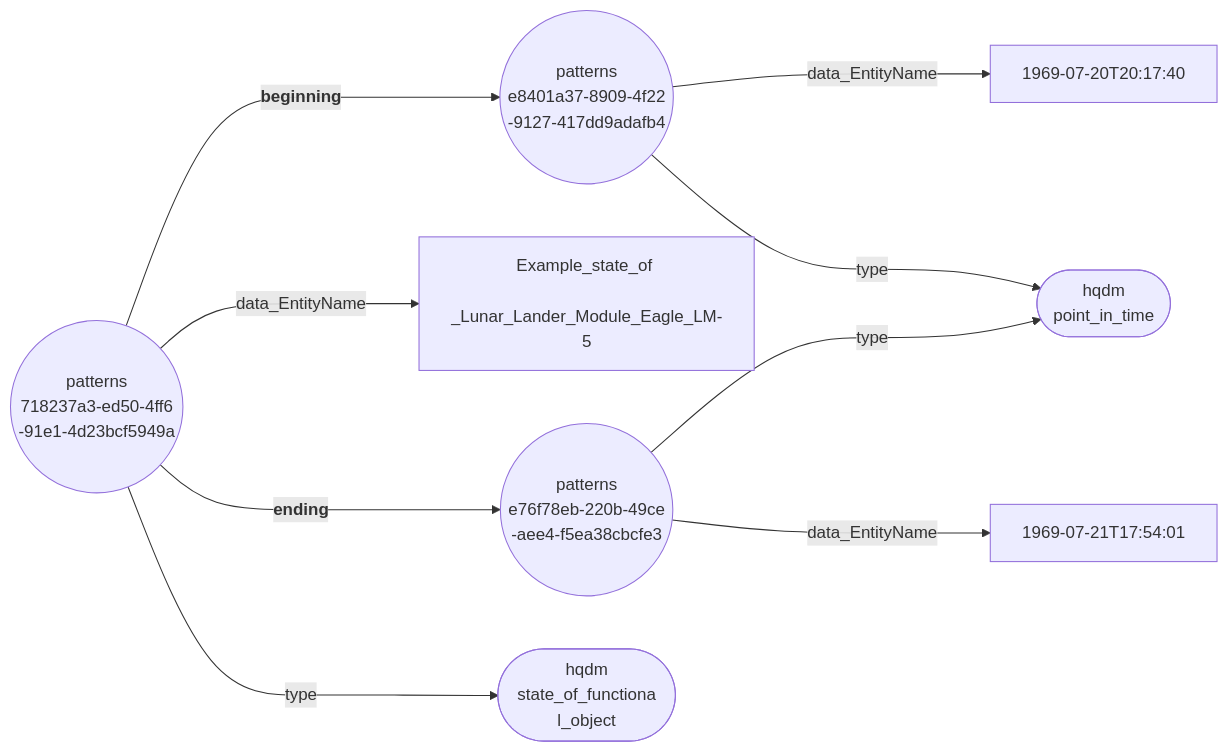
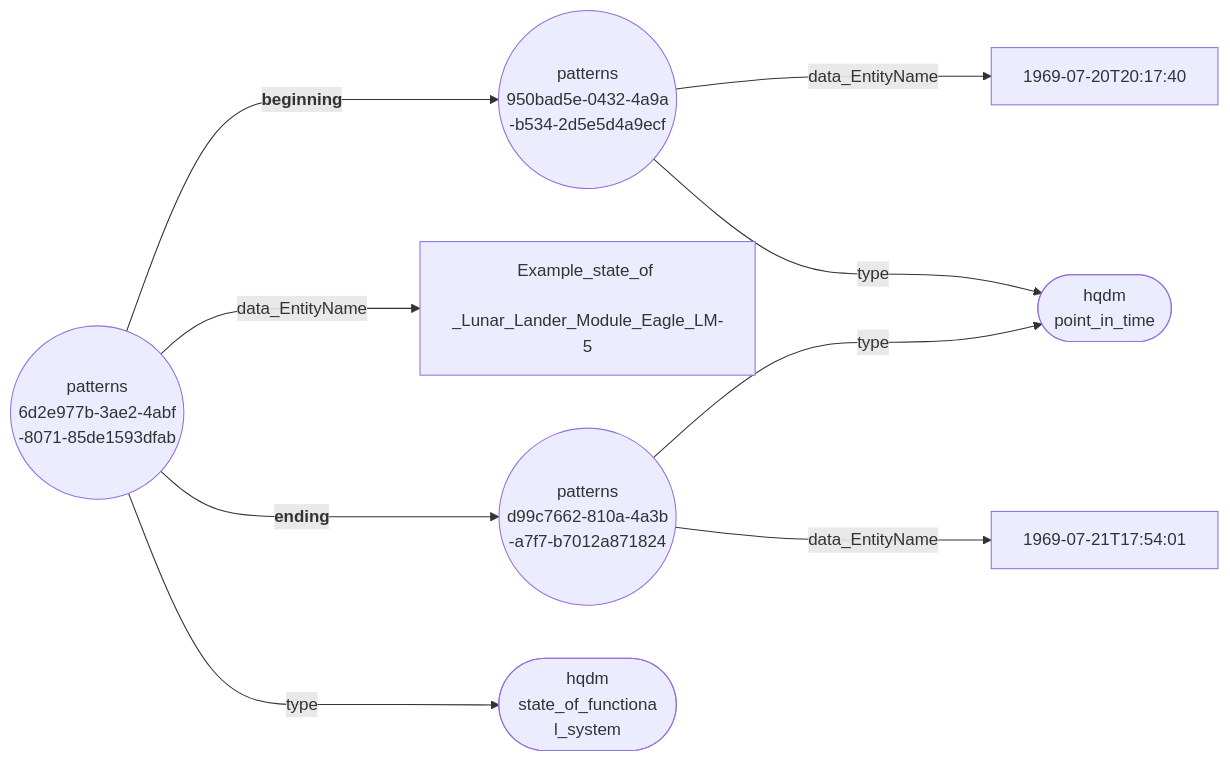
Before and after one commit to ClimbingAl/HqdmPatterns: the diagram in docs/extras/example-files/temporalPartOfIncEventsNodeEdgeGraph.mermaid, drawn with Mermaid. The commit also changed 56 other files, not shown here.

Commit message:
System additions prior to adding stviewer-generated spacetime charts.

````diff
--- a/docs/extras/example-files/temporalPartOfIncEventsNodeEdgeGraph.mermaid
+++ b/docs/extras/example-files/temporalPartOfIncEventsNodeEdgeGraph.mermaid
@@ -1,11 +1,11 @@
 ``` mermaid
 graph LR
-  718237a3-ed50-4ff6-91e1-4d23bcf5949a(("patterns <br> 718237a3-ed50-4ff6 <br> -91e1-4d23bcf5949a"))--->|"<b> beginning"|e8401a37-8909-4f22-9127-417dd9adafb4(("patterns <br> e8401a37-8909-4f22 <br> -9127-417dd9adafb4"));
-  718237a3-ed50-4ff6-91e1-4d23bcf5949a(("patterns <br> 718237a3-ed50-4ff6 <br> -91e1-4d23bcf5949a"))--->|"data_EntityName"|Example_state_of_Lunar_Lander_Module_Eagle_LM-5["Example_state_of <br> _Lunar_Lander_Module_Eagle_LM-5"];
-  718237a3-ed50-4ff6-91e1-4d23bcf5949a(("patterns <br> 718237a3-ed50-4ff6 <br> -91e1-4d23bcf5949a"))--->|"<b> ending"|e76f78eb-220b-49ce-aee4-f5ea38cbcfe3(("patterns <br> e76f78eb-220b-49ce <br> -aee4-f5ea38cbcfe3"));
-  718237a3-ed50-4ff6-91e1-4d23bcf5949a(("patterns <br> 718237a3-ed50-4ff6 <br> -91e1-4d23bcf5949a"))--->|"type"|state_of_functional_object(["hqdm <br> state_of_functiona <br> l_object"]);
-  e8401a37-8909-4f22-9127-417dd9adafb4(("patterns <br> e8401a37-8909-4f22 <br> -9127-417dd9adafb4"))--->|"data_EntityName"|1969-07-20T20:17:40["1969-07-20T20:17:40"];
-  e8401a37-8909-4f22-9127-417dd9adafb4(("patterns <br> e8401a37-8909-4f22 <br> -9127-417dd9adafb4"))--->|"type"|point_in_time(["hqdm <br> point_in_time"]);
-  e76f78eb-220b-49ce-aee4-f5ea38cbcfe3(("patterns <br> e76f78eb-220b-49ce <br> -aee4-f5ea38cbcfe3"))--->|"data_EntityName"|1969-07-21T17:54:01["1969-07-21T17:54:01"];
-  e76f78eb-220b-49ce-aee4-f5ea38cbcfe3(("patterns <br> e76f78eb-220b-49ce <br> -aee4-f5ea38cbcfe3"))--->|"type"|point_in_time(["hqdm <br> point_in_time"]);
+  6d2e977b-3ae2-4abf-8071-85de1593dfab(("patterns <br> 6d2e977b-3ae2-4abf <br> -8071-85de1593dfab"))--->|"<b> beginning"|950bad5e-0432-4a9a-b534-2d5e5d4a9ecf(("patterns <br> 950bad5e-0432-4a9a <br> -b534-2d5e5d4a9ecf"));
+  6d2e977b-3ae2-4abf-8071-85de1593dfab(("patterns <br> 6d2e977b-3ae2-4abf <br> -8071-85de1593dfab"))--->|"data_EntityName"|Example_state_of_Lunar_Lander_Module_Eagle_LM-5["Example_state_of <br> _Lunar_Lander_Module_Eagle_LM-5"];
+  6d2e977b-3ae2-4abf-8071-85de1593dfab(("patterns <br> 6d2e977b-3ae2-4abf <br> -8071-85de1593dfab"))--->|"<b> ending"|d99c7662-810a-4a3b-a7f7-b7012a871824(("patterns <br> d99c7662-810a-4a3b <br> -a7f7-b7012a871824"));
+  6d2e977b-3ae2-4abf-8071-85de1593dfab(("patterns <br> 6d2e977b-3ae2-4abf <br> -8071-85de1593dfab"))--->|"type"|state_of_functional_system(["hqdm <br> state_of_functiona <br> l_system"]);
+  950bad5e-0432-4a9a-b534-2d5e5d4a9ecf(("patterns <br> 950bad5e-0432-4a9a <br> -b534-2d5e5d4a9ecf"))--->|"data_EntityName"|1969-07-20T20:17:40["1969-07-20T20:17:40"];
+  950bad5e-0432-4a9a-b534-2d5e5d4a9ecf(("patterns <br> 950bad5e-0432-4a9a <br> -b534-2d5e5d4a9ecf"))--->|"type"|point_in_time(["hqdm <br> point_in_time"]);
+  d99c7662-810a-4a3b-a7f7-b7012a871824(("patterns <br> d99c7662-810a-4a3b <br> -a7f7-b7012a871824"))--->|"data_EntityName"|1969-07-21T17:54:01["1969-07-21T17:54:01"];
+  d99c7662-810a-4a3b-a7f7-b7012a871824(("patterns <br> d99c7662-810a-4a3b <br> -a7f7-b7012a871824"))--->|"type"|point_in_time(["hqdm <br> point_in_time"]);
 ```
````
